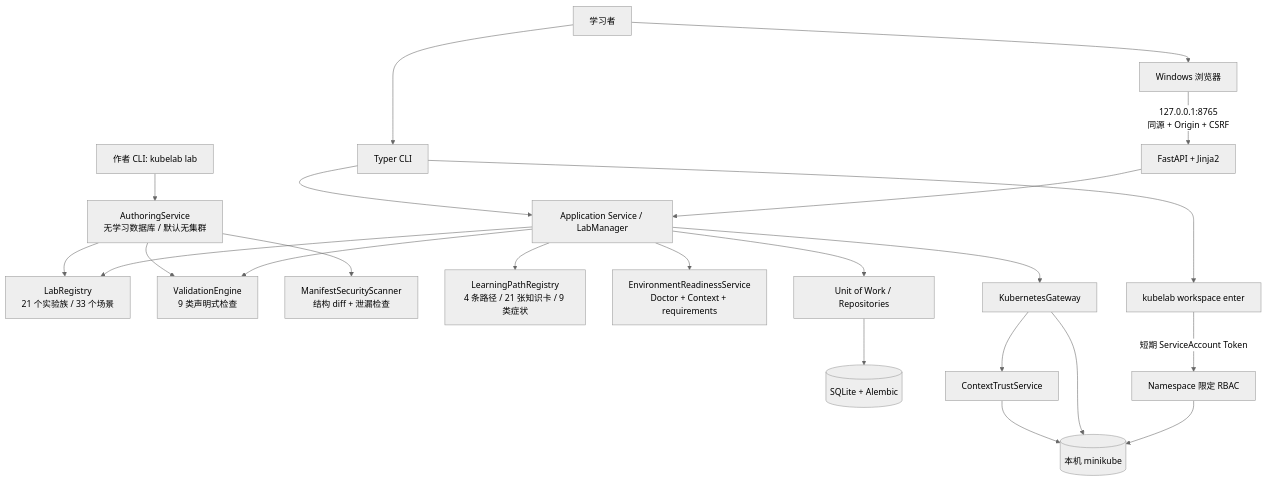
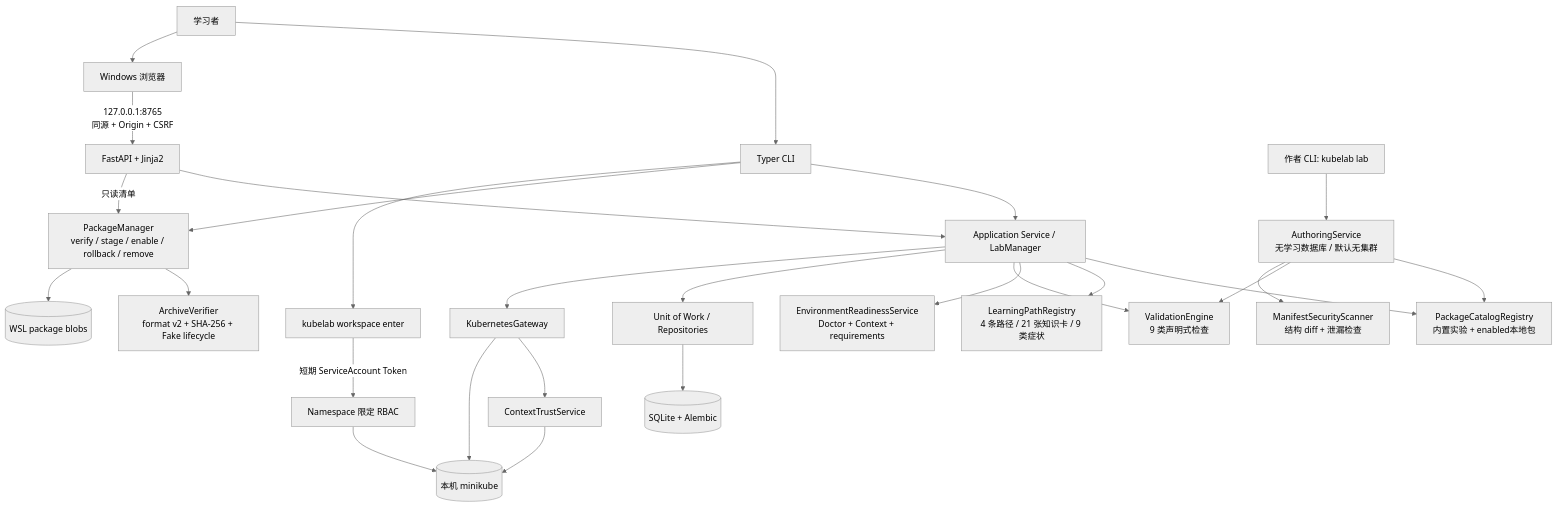
One commit to CaoJun1015/Kubelab changed the first of 2 diagrams in docs/ARCHITECTURE.md. Above: the diagram before and after it, drawn with Mermaid (neutral theme). The commit also changed other lines of this file and 6 other files, not shown here.

````diff
--- a/docs/ARCHITECTURE.md
+++ b/docs/ARCHITECTURE.md
@@ -5,28 +5,33 @@
 ```mermaid
 flowchart TB
     User[学习者] --> CLI[Typer CLI]
     User --> Browser[Windows 浏览器]
     Browser -->|127.0.0.1:8765\n同源 + Origin + CSRF| Web[FastAPI + Jinja2]
     CLI --> App[Application Service / LabManager]
     Web --> App
 
     Author[作者 CLI: kubelab lab] --> AuthorSvc[AuthoringService\n无学习数据库 / 默认无集群]
     AuthorSvc --> Registry
     AuthorSvc --> Engine
     AuthorSvc --> Scanner[ManifestSecurityScanner\n结构 diff + 泄漏检查]
 
-    App --> Registry[LabRegistry\n21 个实验族 / 33 个场景]
+    CLI --> Packages[PackageManager\nverify / stage / enable / rollback / remove]
+    Web -->|只读清单| Packages
+    Packages --> Archive[ArchiveVerifier\nformat v2 + SHA-256 + Fake lifecycle]
+    Packages --> Blobs[(WSL package blobs)]
+
+    App --> Registry[PackageCatalogRegistry\n内置实验 + enabled本地包]
     App --> Paths[LearningPathRegistry\n4 条路径 / 21 张知识卡 / 9 类症状]
     App --> Ready[EnvironmentReadinessService\nDoctor + Context + requirements]
     App --> Engine[ValidationEngine\n9 类声明式检查]
     App --> UoW[Unit of Work / Repositories]
     App --> Gateway[KubernetesGateway]
     UoW --> SQLite[(SQLite + Alembic)]
     Gateway --> Trust[ContextTrustService]
     Trust --> Minikube[(本机 minikube)]
     Gateway --> Minikube
 
     CLI --> Workspace[kubelab workspace enter]
     Workspace -->|短期 ServiceAccount Token| RBAC[Namespace 限定 RBAC]
     RBAC --> Minikube
 ```
````
